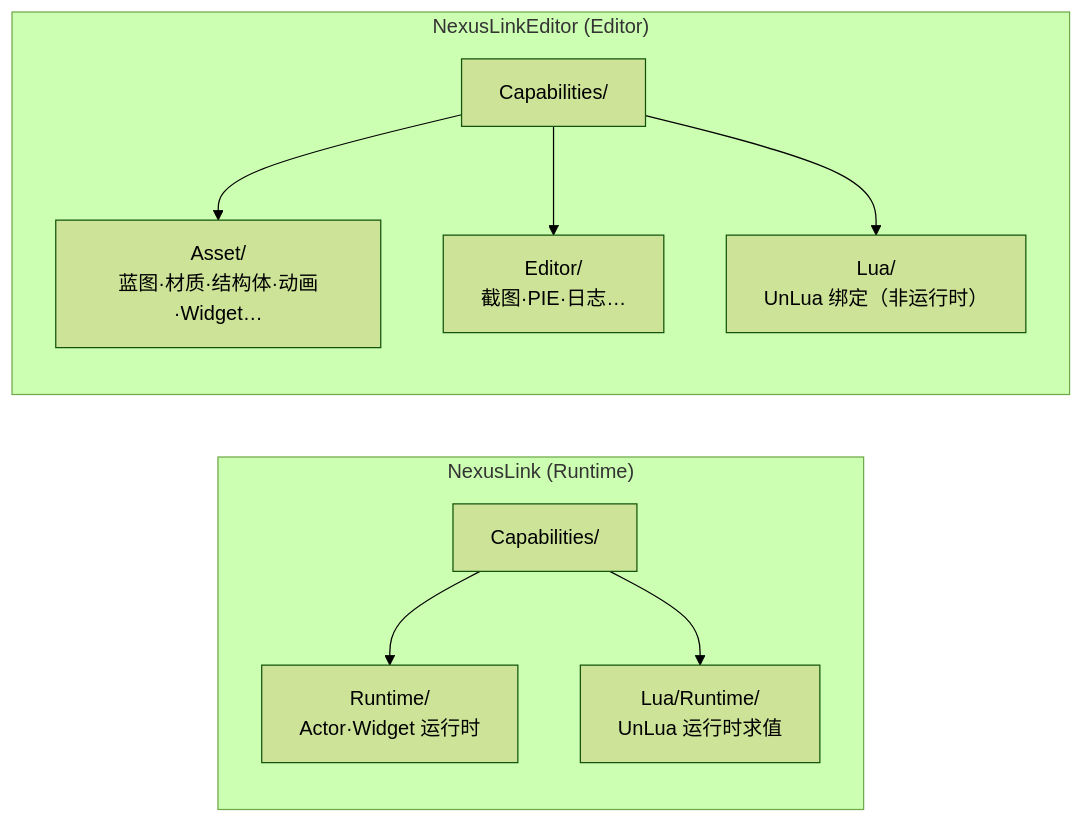
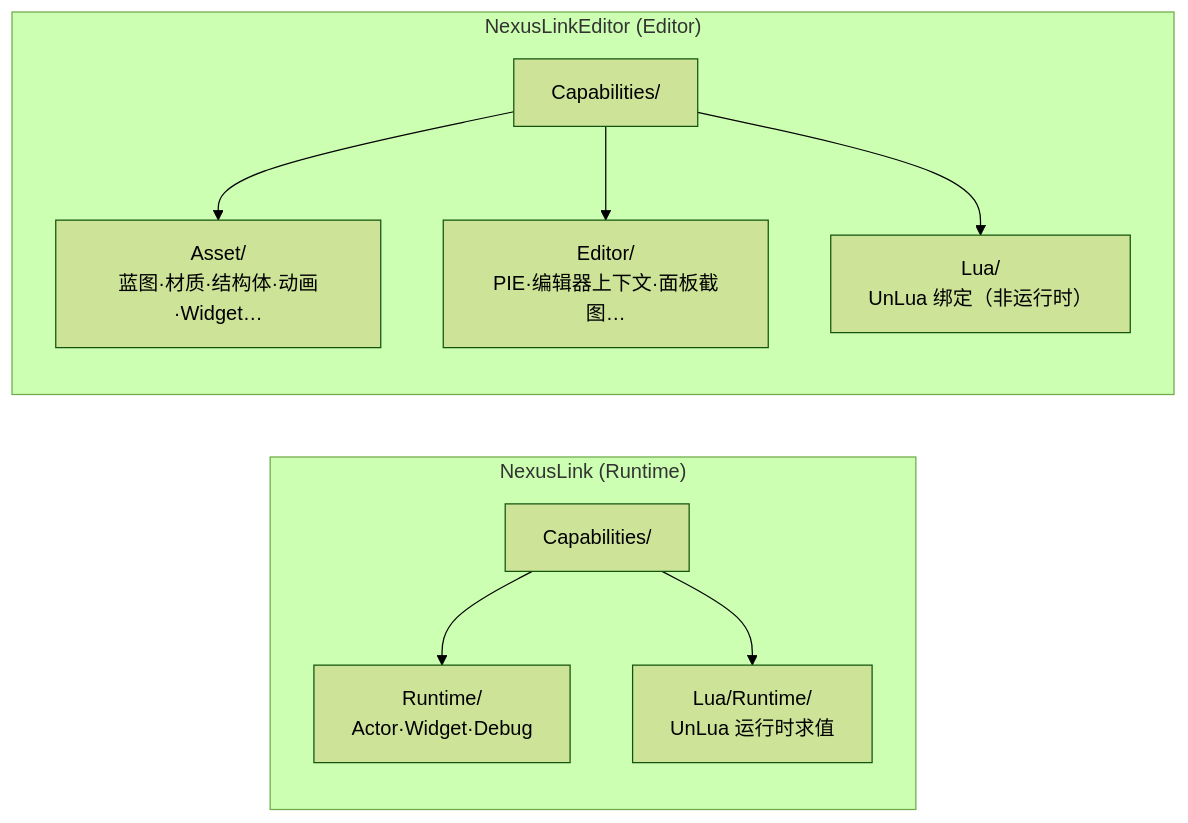
One commit to bytepine/NexusLink changed the third of 6 diagrams in docs/architecture.md. Above: the diagram before and after it, drawn with Mermaid (forest theme). The commit also changed 29 other files, not shown here.

First line of the commit message:
feat(runtime): 将日志/控制台/视口截图迁入 Runtime，并补 capture_editor_panel

````diff
--- a/docs/architecture.md
+++ b/docs/architecture.md
@@ -96,14 +96,14 @@
 ```mermaid
 flowchart LR
     subgraph RT["NexusLink (Runtime)"]
         RootRT["Capabilities/"]
-        RootRT --> Runtime["Runtime/<br/>Actor·Widget 运行时"]
+        RootRT --> Runtime["Runtime/<br/>Actor·Widget·Debug"]
         RootRT --> LuaRT["Lua/Runtime/<br/>UnLua 运行时求值"]
     end
     subgraph ED["NexusLinkEditor (Editor)"]
         RootED["Capabilities/"]
         RootED --> Asset["Asset/<br/>蓝图·材质·结构体·动画·Widget…"]
-        RootED --> Editor["Editor/<br/>截图·PIE·日志…"]
+        RootED --> Editor["Editor/<br/>PIE·编辑器上下文·面板截图…"]
         RootED --> LuaED["Lua/<br/>UnLua 绑定（非运行时）"]
     end
 ```
````
